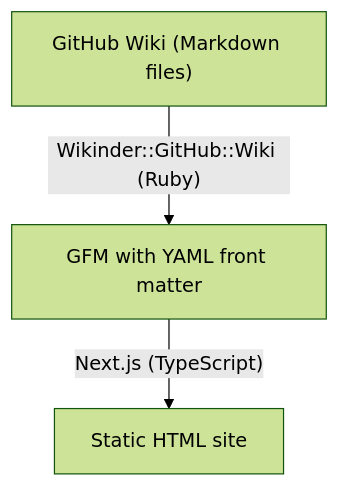
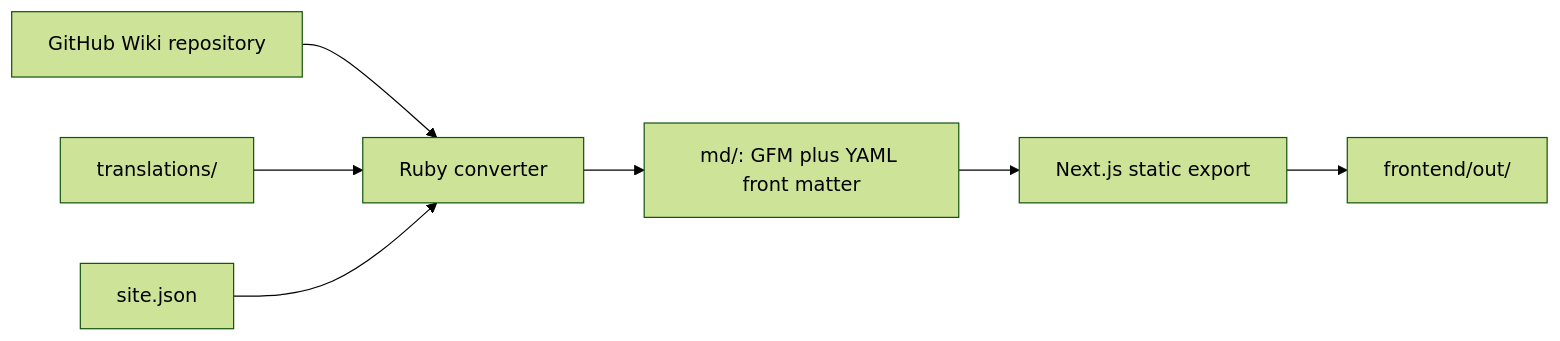
The diagram in README.md (yuuki7/github-wiki-to-html), drawn with Mermaid (forest theme) before and after one commit. The commit also changed other lines of this file and 1 other file, not shown here.

````diff
--- a/README.md
+++ b/README.md
@@ -62,5 +46,9 @@
 ```mermaid
-graph TD
-    A["GitHub Wiki (Markdown files)"] -->|"Wikinder::GitHub::Wiki (Ruby)"| B["GFM with YAML front matter"]
-    B -->|"Next.js (TypeScript)"| C["Static HTML site"]
+graph LR
+  A[GitHub Wiki repository] --> C[ Ruby converter ]
+  B[translations/] --> C
+  D[site.json] --> C
+  C --> E[md/: GFM plus YAML front matter]
+  E --> F[Next.js static export]
+  F --> G[frontend/out/]
 ```
````
